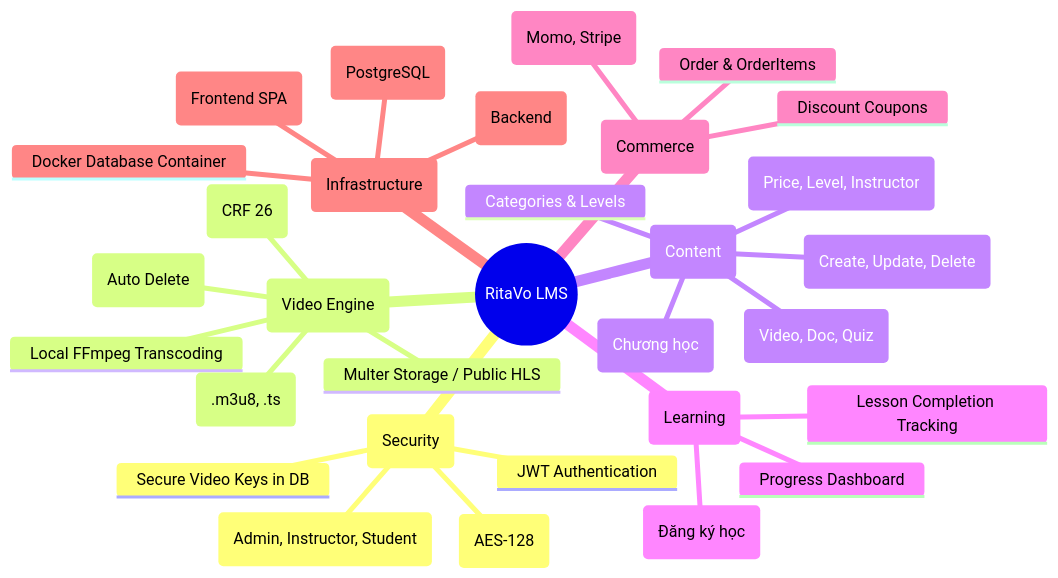
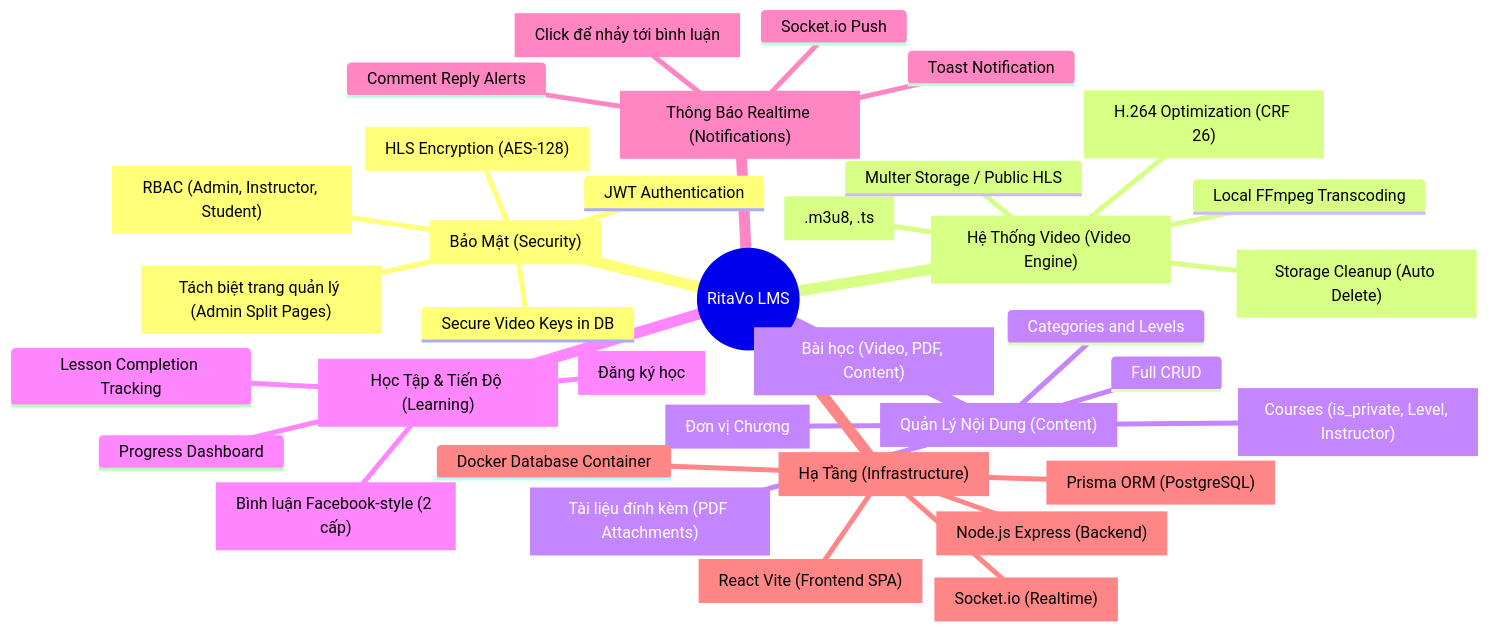
Before and after one commit to NguyenHongPhuc-2455/LMS: the diagram in ProjectInfo/MINDMAP.md, drawn with Mermaid. The commit also changed other lines of this file and 52 other files, not shown here.

Commit message:
feat: comment, pdf, content, notification

````diff
--- a/ProjectInfo/MINDMAP.md
+++ b/ProjectInfo/MINDMAP.md
@@ -7,34 +7,39 @@
 ```mermaid
 mindmap
   root((RitaVo LMS))
-    Bảo Mật (Security)
+    Bảo Mật["Bảo Mật (Security)"]
       JWT Authentication
-      RBAC (Admin, Instructor, Student)
-      HLS Encryption (AES-128)
+      RBAC["RBAC (Admin, Instructor, Student)"]
+      HLS Encryption["HLS Encryption (AES-128)"]
       Secure Video Keys in DB
-    Hệ Thống Video (Video Engine)
+      Tách biệt trang quản lý["Tách biệt trang quản lý (Admin Split Pages)"]
+    Hệ Thống Video["Hệ Thống Video (Video Engine)"]
       Local FFmpeg Transcoding
-      H.264 Optimization (CRF 26)
-      HLS Streaming (.m3u8, .ts)
+      H.264 Optimization["H.264 Optimization (CRF 26)"]
+      HLS Streaming[".m3u8, .ts"]
       Multer Storage / Public HLS
-      Storage Cleanup (Auto Delete)
-    Quản Lý Nội Dung (Content)
-      Categories & Levels
-      Courses (Price, Level, Instructor)
-      Full CRUD (Create, Update, Delete)
-      Sections (Chương học)
-      Lessons (Video, Doc, Quiz)
-    Học Tập & Tiến Độ (Learning)
-      Enrollment (Đăng ký học)
+      Storage Cleanup["Storage Cleanup (Auto Delete)"]
+    Quản Lý Nội Dung["Quản Lý Nội Dung (Content)"]
+      Categories and Levels
+      Courses["Courses (is_private, Level, Instructor)"]
+      Full CRUD
+      Sections["Đơn vị Chương"]
+      Lessons["Bài học (Video, PDF, Content)"]
+      Tài liệu đính kèm["Tài liệu đính kèm (PDF Attachments)"]
+    Học Tập["Học Tập & Tiến Độ (Learning)"]
+      Enrollment["Đăng ký học"]
       Lesson Completion Tracking
       Progress Dashboard
-    Bán Hàng (Commerce)
-      Order & OrderItems
-      Payment Methods (Momo, Stripe)
-      Discount Coupons
-    Hạ Tầng (Infrastructure)
-      Node.js Express (Backend)
-      React Vite (Frontend SPA)
-      Prisma ORM (PostgreSQL)
+      Bình luận bài học["Bình luận Facebook-style (2 cấp)"]
+    Thông Báo["Thông Báo Realtime (Notifications)"]
+      Socket.io Push
+      Comment Reply Alerts
+      Click to Navigate["Click để nhảy tới bình luận"]
+      Toast Notification
+    Hạ Tầng["Hạ Tầng (Infrastructure)"]
+      Node.js Express["Node.js Express (Backend)"]
+      React Vite["React Vite (Frontend SPA)"]
+      Prisma ORM["Prisma ORM (PostgreSQL)"]
+      Socket.io["Socket.io (Realtime)"]
       Docker Database Container
 ```
````
